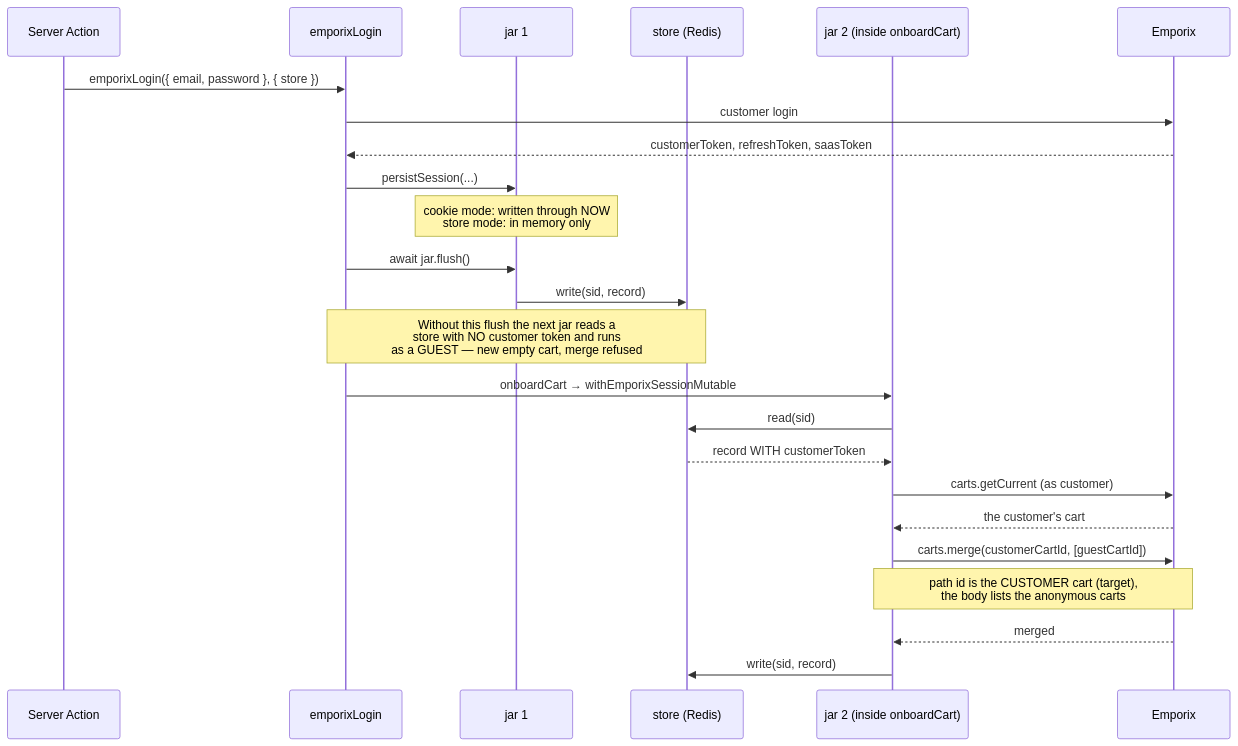
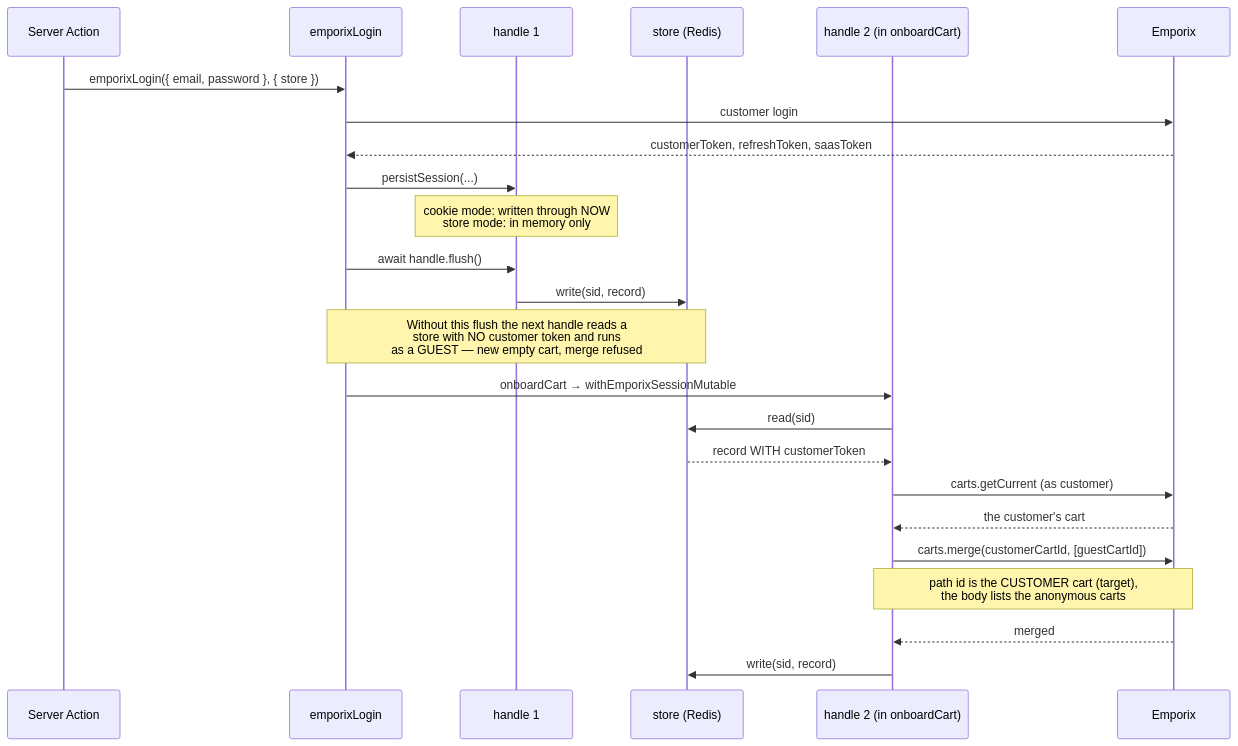
The second of 2 diagrams in packages/next/README.md (viuteam/emporix-sdk), drawn with Mermaid before and after one commit. The commit also changed other lines of this file and 26 other files, not shown here.

````diff
--- a/packages/next/README.md
+++ b/packages/next/README.md
@@ -93,27 +93,27 @@
 ```mermaid
 sequenceDiagram
     participant A as Server Action
     participant L as emporixLogin
-    participant J1 as jar 1
+    participant J1 as handle 1
     participant S as store (Redis)
-    participant J2 as jar 2 (inside onboardCart)
+    participant J2 as handle 2 (in onboardCart)
     participant E as Emporix
 
     A->>L: emporixLogin({ email, password }, { store })
     L->>E: customer login
     E-->>L: customerToken, refreshToken, saasToken
     L->>J1: persistSession(...)
     Note over J1: cookie mode: written through NOW<br/>store mode: in memory only
-    L->>J1: await jar.flush()
+    L->>J1: await handle.flush()
     J1->>S: write(sid, record)
-    Note over L,S: Without this flush the next jar reads a<br/>store with NO customer token and runs<br/>as a GUEST — new empty cart, merge refused
+    Note over L,S: Without this flush the next handle reads a<br/>store with NO customer token and runs<br/>as a GUEST — new empty cart, merge refused
     L->>J2: onboardCart → withEmporixSessionMutable
     J2->>S: read(sid)
     S-->>J2: record WITH customerToken
     J2->>E: carts.getCurrent (as customer)
     E-->>J2: the customer's cart
     J2->>E: carts.merge(customerCartId, [guestCartId])
     Note over J2,E: path id is the CUSTOMER cart (target),<br/>the body lists the anonymous carts
     E-->>J2: merged
     J2->>S: write(sid, record)
 ```
````
